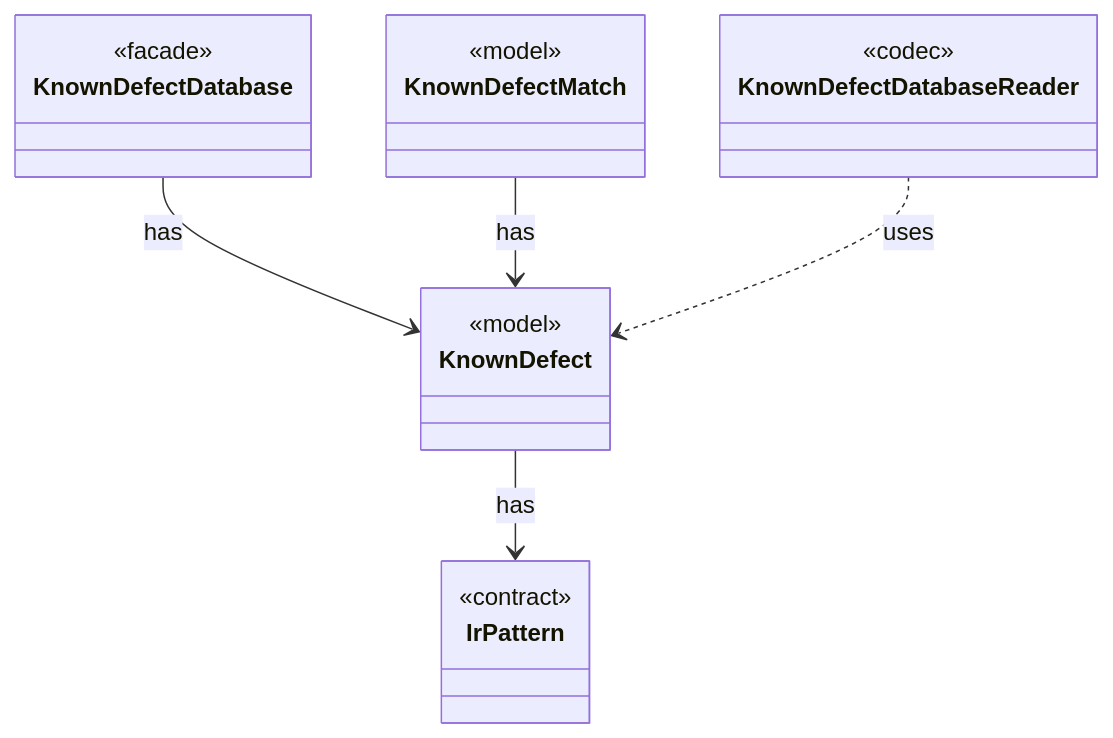
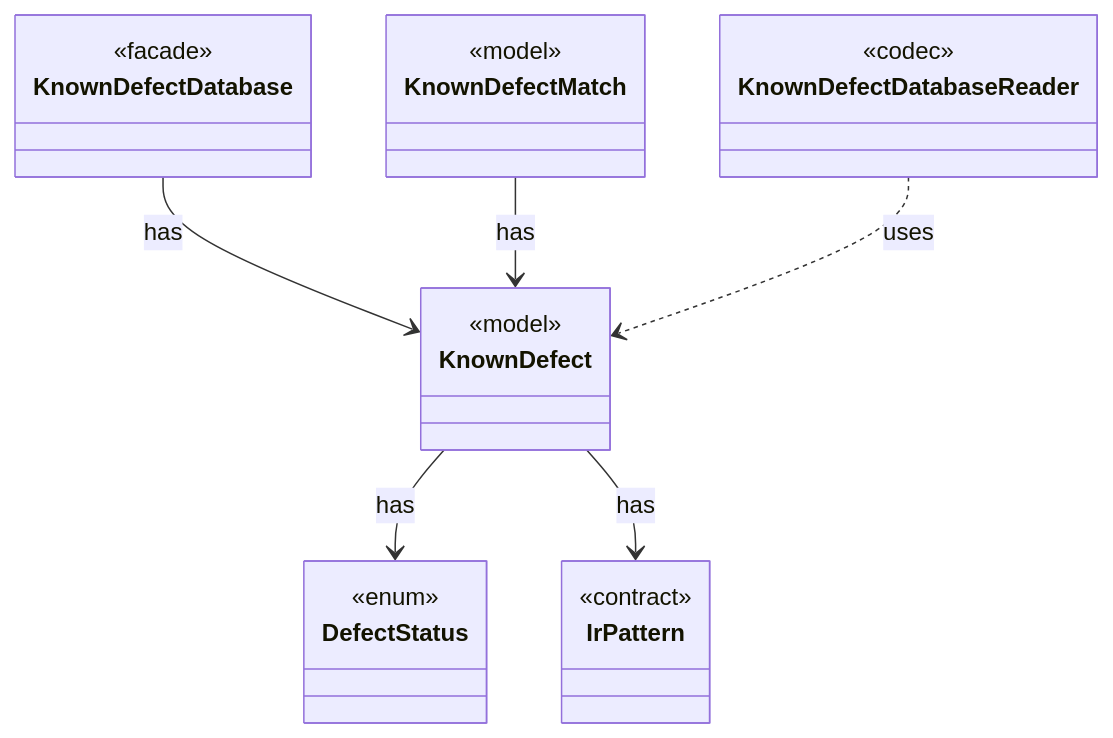
Before and after one commit to tlaplus/model-checker-hardening: the diagram in dev/types/io.github.tlaplus.hardening.signature.KnownDefect.md, drawn with Mermaid. The commit also changed other lines of this file and 395 other files, not shown here.

````diff
--- a/dev/types/io.github.tlaplus.hardening.signature.KnownDefect.md
+++ b/dev/types/io.github.tlaplus.hardening.signature.KnownDefect.md
@@ -7,22 +7,26 @@
 ```mermaid
 classDiagram
   class KnownDefect {
     <<model>>
+  }
+  class DefectStatus {
+    <<enum>>
   }
   class IrPattern {
     <<contract>>
   }
   class KnownDefectDatabase {
     <<facade>>
   }
   class KnownDefectMatch {
     <<model>>
   }
   class KnownDefectDatabaseReader {
     <<codec>>
   }
+  KnownDefect --> DefectStatus : has
   KnownDefect --> IrPattern : has
   KnownDefectDatabase --> KnownDefect : has
   KnownDefectMatch --> KnownDefect : has
   KnownDefectDatabaseReader ..> KnownDefect : uses
 ```
````
